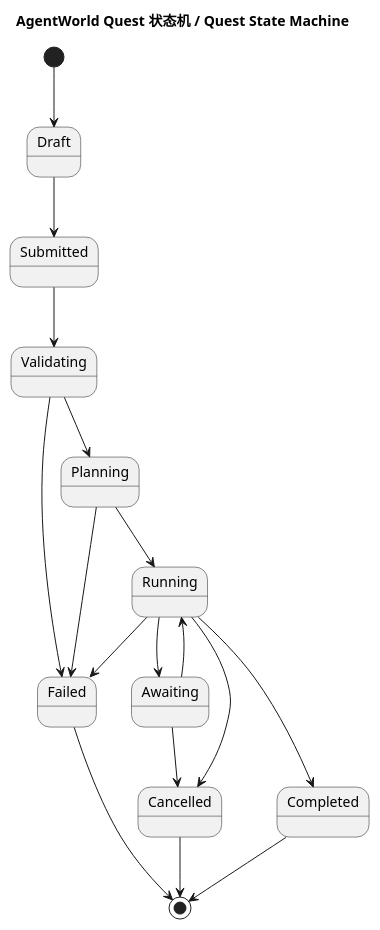
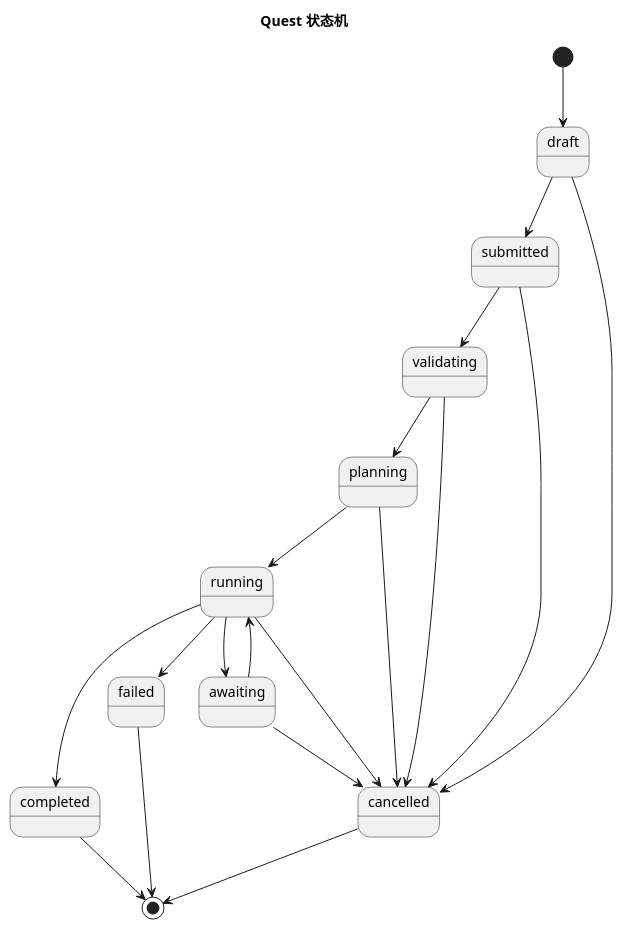
One commit to SimonMing47/agent-world changed the sixth of 7 diagrams in docs/detailed-design.zh-CN.md. Above: the diagram before and after it, drawn with PlantUML. The commit also changed other lines of this file and 29 other files, not shown here.

````diff
--- a/docs/detailed-design.zh-CN.md
+++ b/docs/detailed-design.zh-CN.md
@@ -1080,23 +1230,23 @@
 ```plantuml
 @startuml
-title AgentWorld Quest 状态机 / Quest State Machine
-
-[*] --> Draft
-Draft --> Submitted
-Submitted --> Validating
-Validating --> Planning
-Validating --> Failed
-Planning --> Running
-Planning --> Failed
-Running --> Awaiting
-Running --> Completed
-Running --> Failed
-Awaiting --> Running
-Awaiting --> Cancelled
-Running --> Cancelled
-Failed --> [*]
-Completed --> [*]
-Cancelled --> [*]
-
+title Quest 状态机
+[*] --> draft
+draft --> submitted
+submitted --> validating
+validating --> planning
+planning --> running
+running --> awaiting
+awaiting --> running
+running --> completed
+running --> failed
+draft --> cancelled
+submitted --> cancelled
+validating --> cancelled
+planning --> cancelled
+running --> cancelled
+awaiting --> cancelled
+completed --> [*]
+failed --> [*]
+cancelled --> [*]
 @enduml
 ```
````
